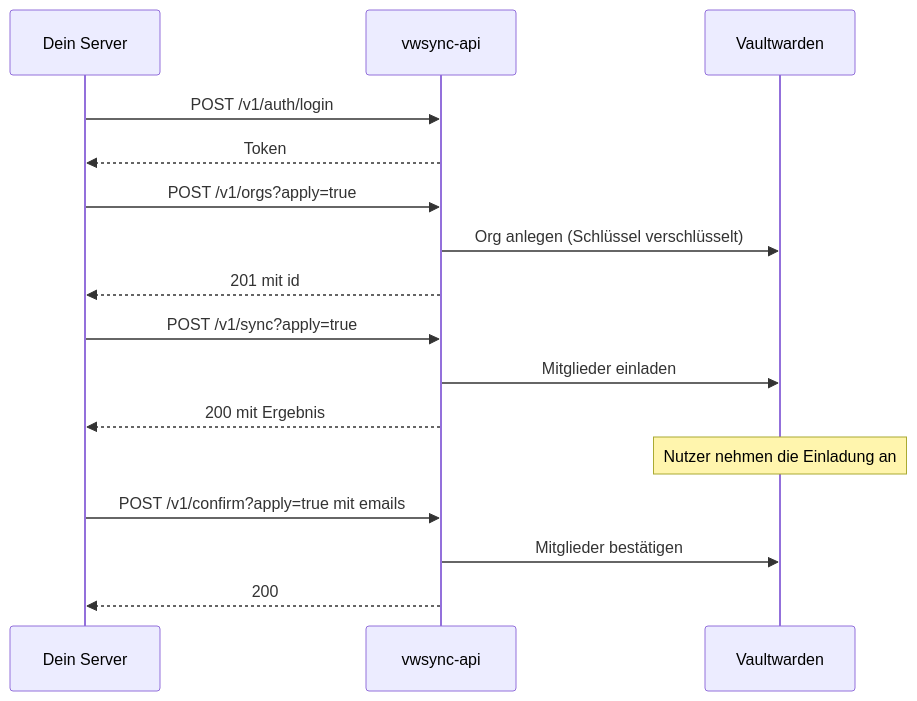
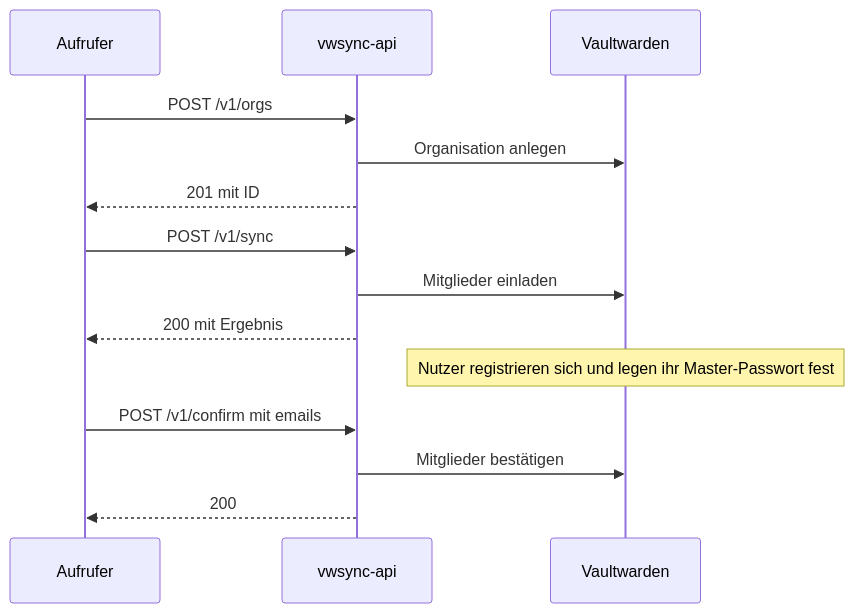
Before and after one commit to WhiteCoale/vwsync-api: the second of 2 diagrams in docs/API.md, drawn with Mermaid. The commit also changed other lines of this file and 42 other files, not shown here.

````diff
--- a/docs/API.md
+++ b/docs/API.md
@@ -414,18 +482,16 @@
 ```mermaid
 sequenceDiagram
-    participant C as Dein Server
+    participant C as Aufrufer
     participant S as vwsync-api
     participant V as Vaultwarden
-    C->>S: POST /v1/auth/login
-    S-->>C: Token
-    C->>S: POST /v1/orgs?apply=true
-    S->>V: Org anlegen (Schlüssel verschlüsselt)
-    S-->>C: 201 mit id
-    C->>S: POST /v1/sync?apply=true
+    C->>S: POST /v1/orgs
+    S->>V: Organisation anlegen
+    S-->>C: 201 mit ID
+    C->>S: POST /v1/sync
     S->>V: Mitglieder einladen
     S-->>C: 200 mit Ergebnis
-    Note over V: Nutzer nehmen die Einladung an
-    C->>S: POST /v1/confirm?apply=true mit emails
+    Note over V: Nutzer registrieren sich und legen ihr Master-Passwort fest
+    C->>S: POST /v1/confirm mit emails
     S->>V: Mitglieder bestätigen
     S-->>C: 200
 ```
````
